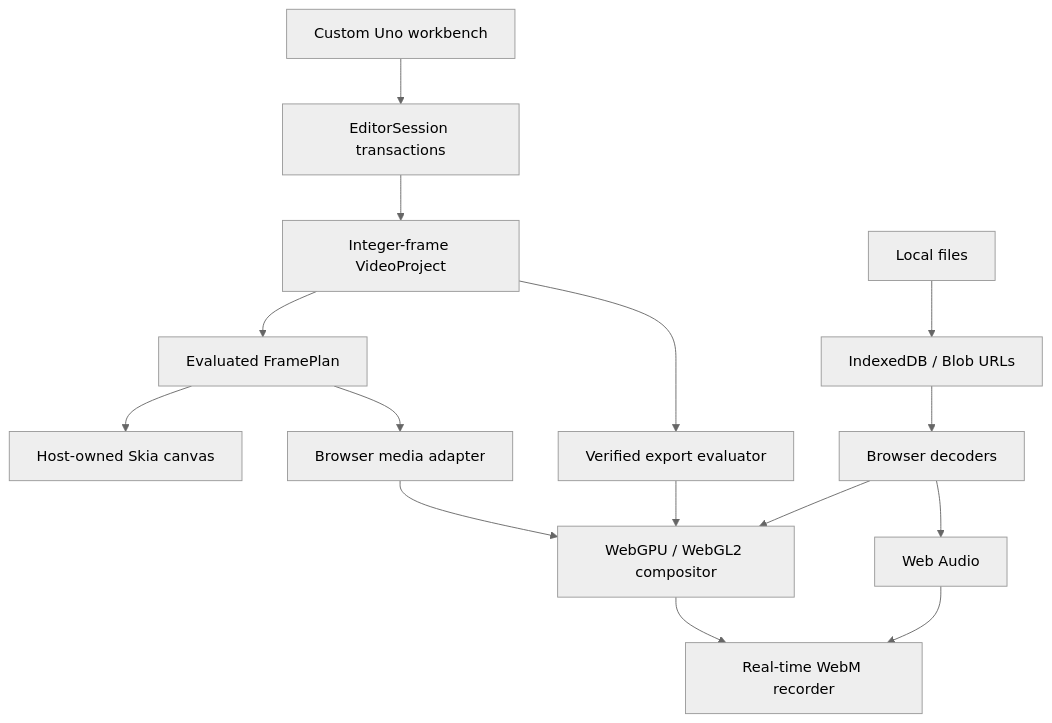
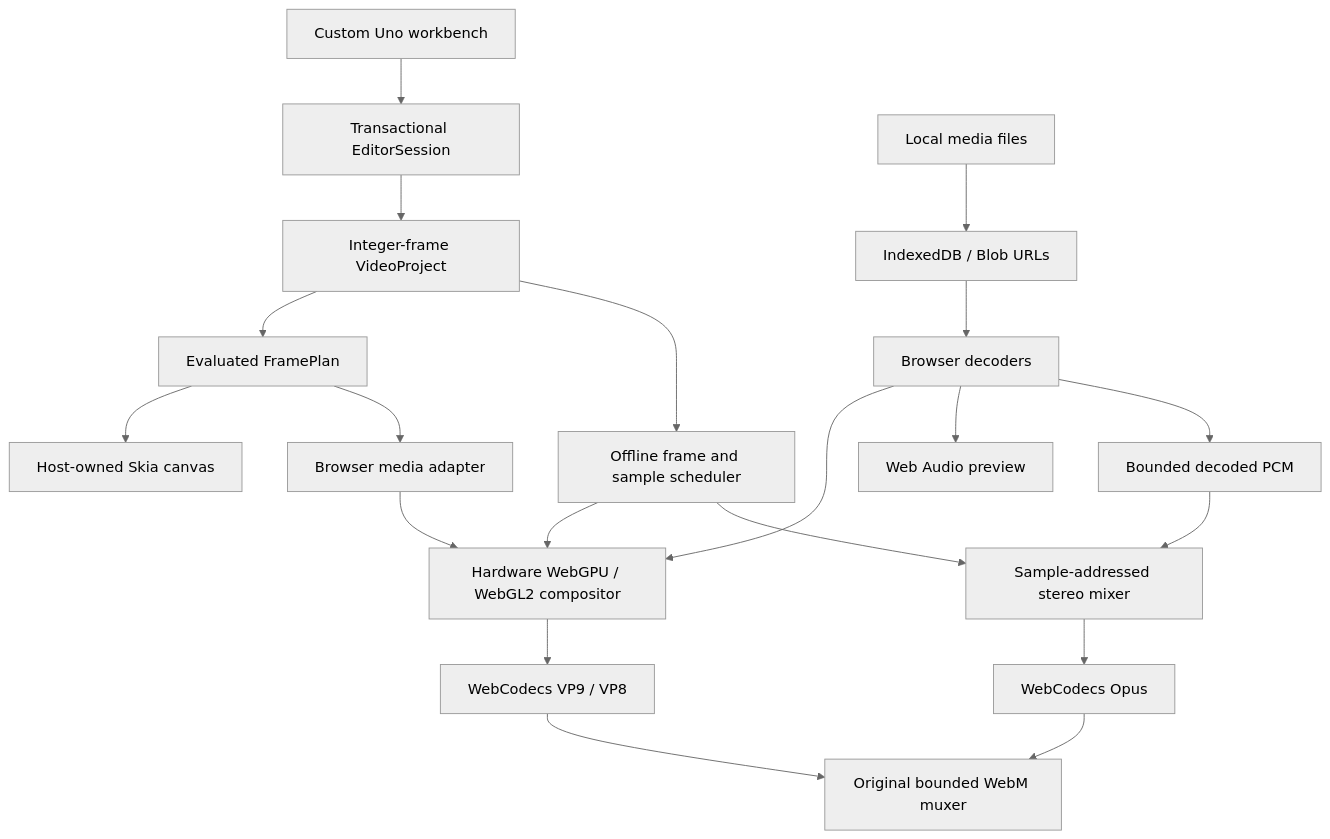
The diagram in docs/architecture.md (wieslawsoltes/VideoSpace), drawn with Mermaid (neutral theme) before and after one commit. The commit also changed other lines of this file and 24 other files, not shown here.

Commit message:
feat: ship offline UI export, transactional clipboard, project creation and public Pages verification

````diff
--- a/docs/architecture.md
+++ b/docs/architecture.md
@@ -3,17 +3,22 @@
 ```mermaid
 flowchart TD
-  UI[Custom Uno workbench] --> Session[EditorSession transactions]
+  UI[Custom Uno workbench] --> Session[Transactional EditorSession]
   Session --> Model[Integer-frame VideoProject]
   Model --> Plan[Evaluated FramePlan]
   Plan --> Native[Host-owned Skia canvas]
   Plan --> Browser[Browser media adapter]
-  Files[Local files] --> Store[IndexedDB / Blob URLs]
+  Files[Local media files] --> Store[IndexedDB / Blob URLs]
   Store --> Decode[Browser decoders]
-  Decode --> GPU[WebGPU / WebGL2 compositor]
+  Decode --> GPU[Hardware WebGPU / WebGL2 compositor]
   Browser --> GPU
-  Decode --> Audio[Web Audio]
-  Model --> Export[Verified export evaluator]
-  Export --> GPU
-  GPU --> Recorder[Real-time WebM recorder]
-  Audio --> Recorder
+  Decode --> LiveAudio[Web Audio preview]
+  Model --> Offline[Offline frame and sample scheduler]
+  Offline --> GPU
+  GPU --> VideoEncoder[WebCodecs VP9 / VP8]
+  Decode --> PCM[Bounded decoded PCM]
+  PCM --> Mix[Sample-addressed stereo mixer]
+  Offline --> Mix
+  Mix --> Opus[WebCodecs Opus]
+  VideoEncoder --> WebM[Original bounded WebM muxer]
+  Opus --> WebM
 ```
````
